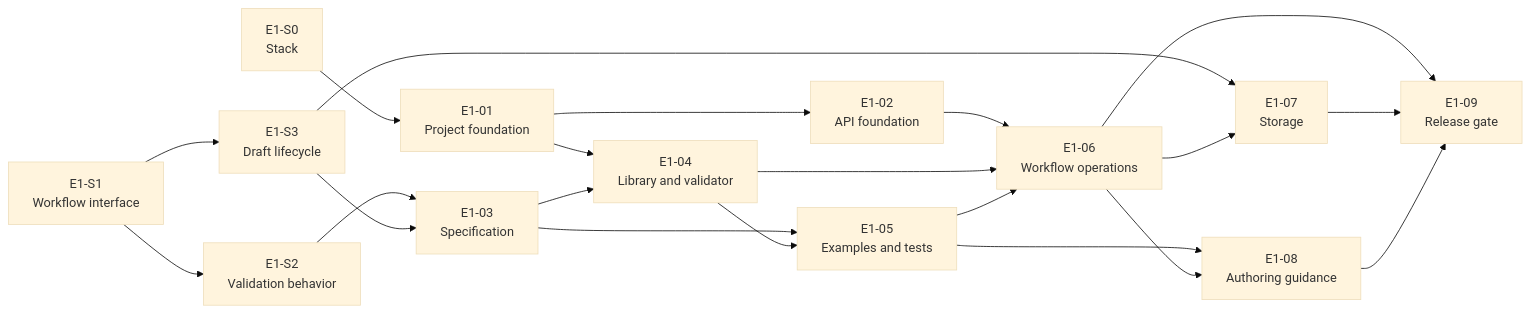
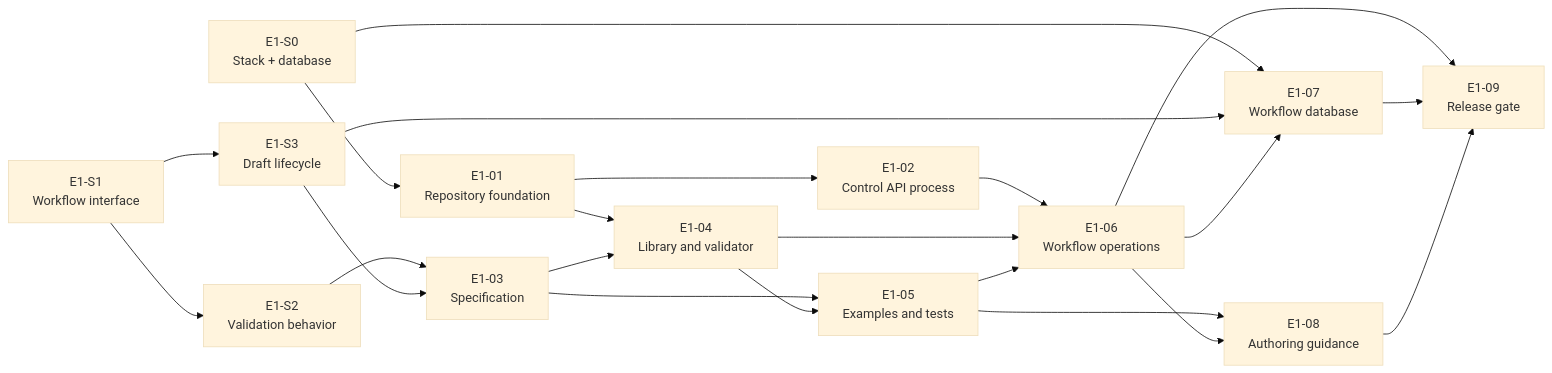
The second of 2 diagrams in docs/epics/epic-01-shape-of-a-workflow.md (RostrumAI/rostrum), drawn with Mermaid (base theme) before and after one commit. The commit also changed other lines of this file and 13 other files, not shown here.

````diff
--- a/docs/epics/epic-01-shape-of-a-workflow.md
+++ b/docs/epics/epic-01-shape-of-a-workflow.md
@@ -150,23 +150,24 @@
 ```mermaid
 flowchart LR
-    S0["E1-S0<br/>Stack"] --> E01["E1-01<br/>Project foundation"]
+    S0["E1-S0<br/>Stack + database"] --> E01["E1-01<br/>Repository foundation"]
     S1["E1-S1<br/>Workflow interface"] --> S2["E1-S2<br/>Validation behavior"]
     S1 --> S3["E1-S3<br/>Draft lifecycle"]
     S2 --> E03["E1-03<br/>Specification"]
     S3 --> E03
-    E01 --> E02["E1-02<br/>API foundation"]
+    E01 --> E02["E1-02<br/>Control API process"]
     E01 --> E04["E1-04<br/>Library and validator"]
     E03 --> E04
     E03 --> E05["E1-05<br/>Examples and tests"]
     E04 --> E05
     E02 --> E06["E1-06<br/>Workflow operations"]
     E04 --> E06
     E05 --> E06
-    S3 --> E07["E1-07<br/>Storage"]
+    S0 --> E07["E1-07<br/>Workflow database"]
+    S3 --> E07
     E06 --> E07
     E05 --> E08["E1-08<br/>Authoring guidance"]
     E06 --> E08
     E06 --> E09["E1-09<br/>Release gate"]
     E07 --> E09
     E08 --> E09
 ```
````
